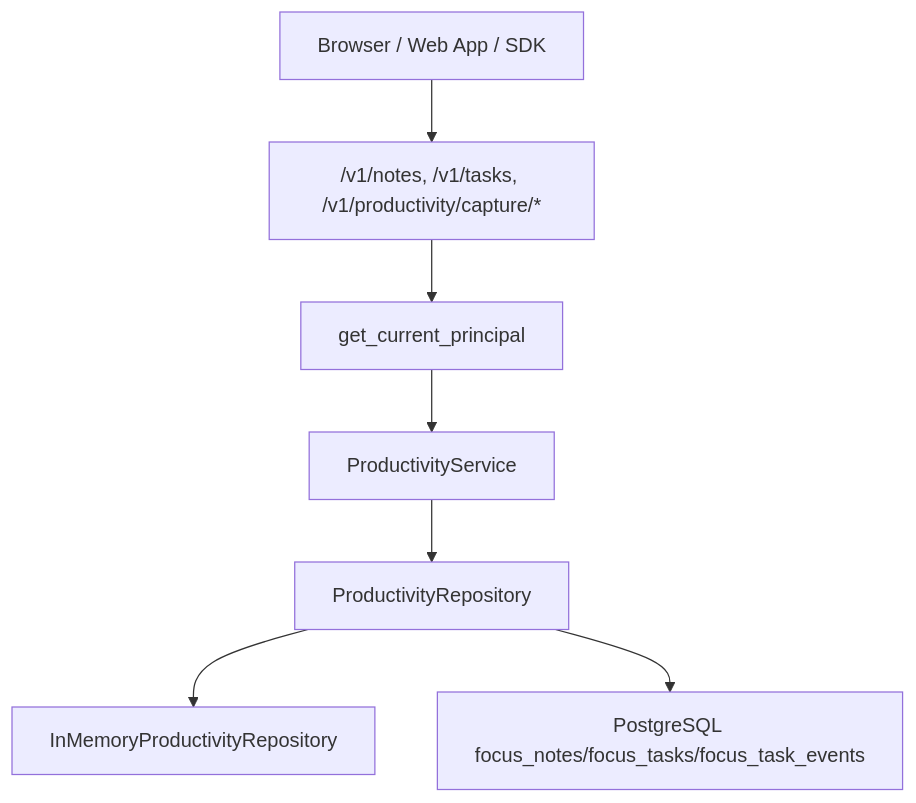
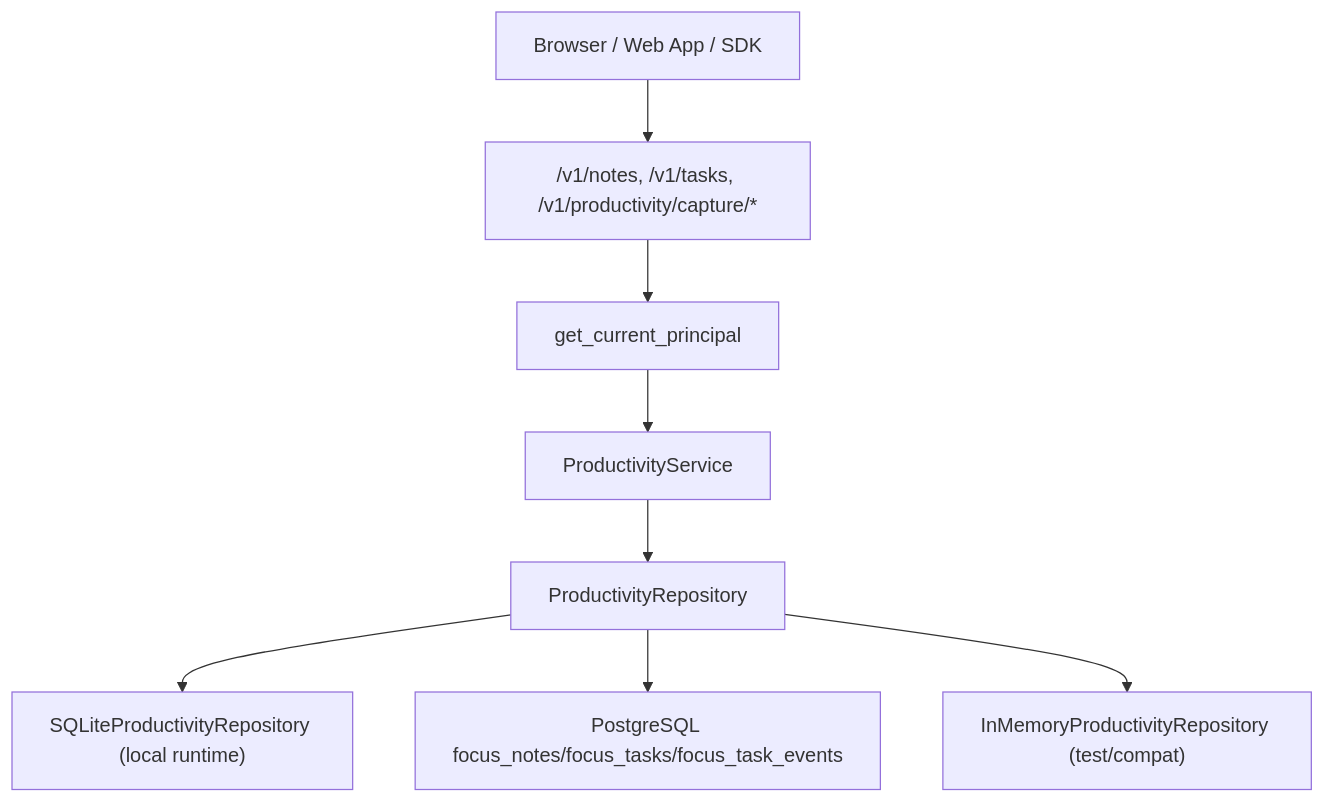
The fourth of 10 diagrams in docs/architecture.md (William-zgx/focus-agent), drawn with Mermaid before and after one commit. The commit also changed other lines of this file and 28 other files, not shown here.

````diff
--- a/docs/architecture.md
+++ b/docs/architecture.md
@@ -258,9 +265,10 @@
 ```mermaid
 flowchart TD
     Producer["Browser / Web App / SDK"] --> APIRouter["/v1/notes, /v1/tasks, /v1/productivity/capture/*"]
     APIRouter --> AuthN["get_current_principal"]
     AuthN --> ProductService["ProductivityService"]
     ProductService --> Repo["ProductivityRepository"]
-    Repo --> InMemory["InMemoryProductivityRepository"]
+    Repo --> SQLite["SQLiteProductivityRepository (local runtime)"]
     Repo --> Postgres["PostgreSQL focus_notes/focus_tasks/focus_task_events"]
+    Repo --> InMemory["InMemoryProductivityRepository (test/compat)"]
 ```
````
